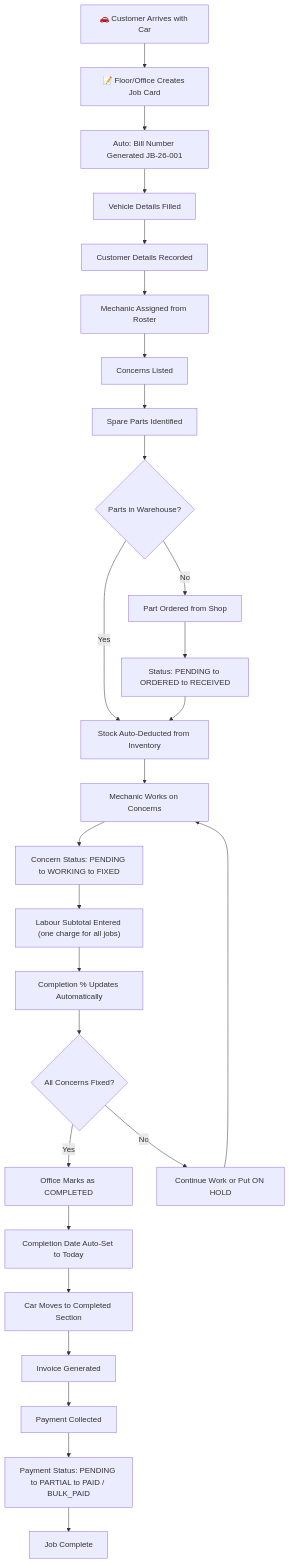
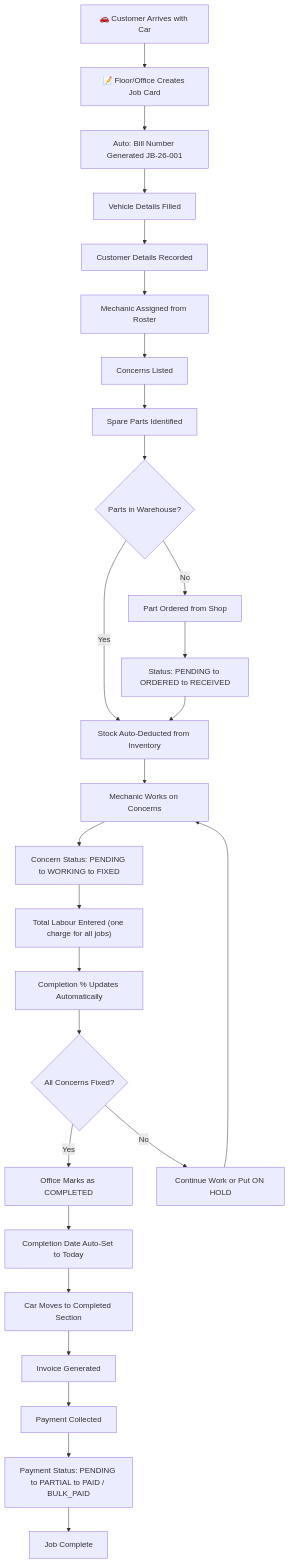
The first of 2 diagrams in OPERATIONAL_BLUEPRINT.md (Irshaduu/WorkshopOS), drawn with Mermaid before and after one commit. The commit also changed other lines of this file and 7 other files, not shown here.

````diff
--- a/OPERATIONAL_BLUEPRINT.md
+++ b/OPERATIONAL_BLUEPRINT.md
@@ -14,33 +14,33 @@
 ```mermaid
 graph TD
     A["🚗 Customer Arrives with Car"] --> B["📝 Floor/Office Creates Job Card"]
     B --> C["Auto: Bill Number Generated JB-26-001"]
     C --> D["Vehicle Details Filled"]
     D --> E["Customer Details Recorded"]
     E --> F["Mechanic Assigned from Roster"]
     F --> G["Concerns Listed"]
     G --> H["Spare Parts Identified"]
 
     H --> I{"Parts in Warehouse?"}
     I -->|"Yes"| J["Stock Auto-Deducted from Inventory"]
     I -->|"No"| K["Part Ordered from Shop"]
     K --> L["Status: PENDING to ORDERED to RECEIVED"]
     L --> J
 
     J --> M["Mechanic Works on Concerns"]
     M --> N["Concern Status: PENDING to WORKING to FIXED"]
-    N --> O["Labour Subtotal Entered (one charge for all jobs)"]
+    N --> O["Total Labour Entered (one charge for all jobs)"]
     O --> P["Completion % Updates Automatically"]
 
     P --> Q{"All Concerns Fixed?"}
     Q -->|"Yes"| R["Office Marks as COMPLETED"]
     Q -->|"No"| S["Continue Work or Put ON HOLD"]
     S --> M
 
     R --> T["Completion Date Auto-Set to Today"]
     T --> U["Car Moves to Completed Section"]
     U --> V["Invoice Generated"]
     V --> W["Payment Collected"]
     W --> X["Payment Status: PENDING to PARTIAL to PAID / BULK_PAID"]
     X --> Y["Job Complete"]
 ```
````
